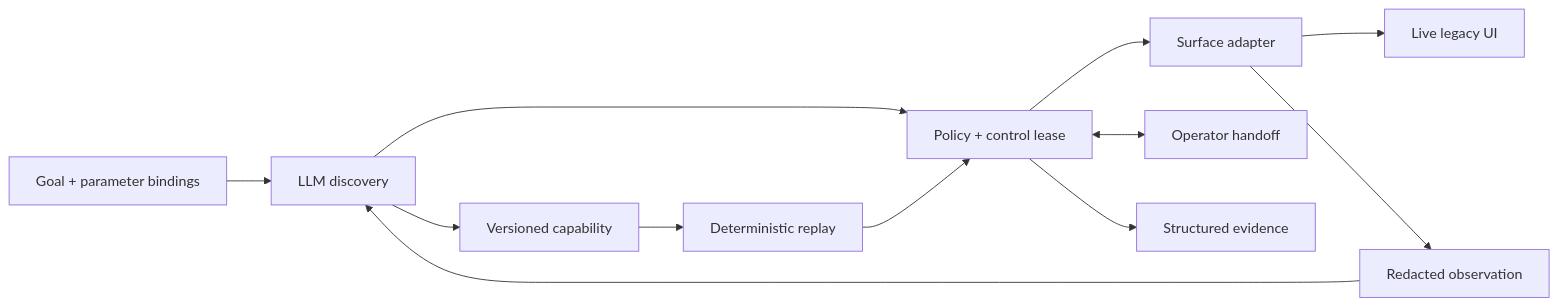
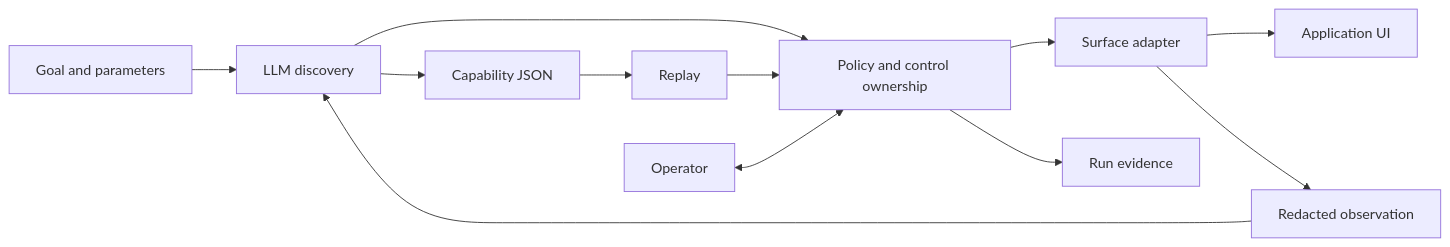
Before and after one commit to derrickyau9/daos-capability-runtime: the diagram in REPORT.md, drawn with Mermaid. The commit also changed other lines of this file and 27 other files, not shown here.

````diff
--- a/REPORT.md
+++ b/REPORT.md
@@ -5,14 +7,14 @@
 ```mermaid
 flowchart LR
-  G[Goal + parameter bindings] --> D[LLM discovery]
-  D --> P[Policy + control lease]
+  G[Goal and parameters] --> D[LLM discovery]
+  D --> P[Policy and control ownership]
   P --> S[Surface adapter]
-  S --> U[Live legacy UI]
+  S --> U[Application UI]
   S --> O[Redacted observation]
   O --> D
-  D --> A[Versioned capability]
-  A --> R[Deterministic replay]
+  D --> A[Capability JSON]
+  A --> R[Replay]
   R --> P
-  P <--> H[Operator handoff]
-  P --> E[Structured evidence]
+  H[Operator] <--> P
+  P --> E[Run evidence]
 ```
````
